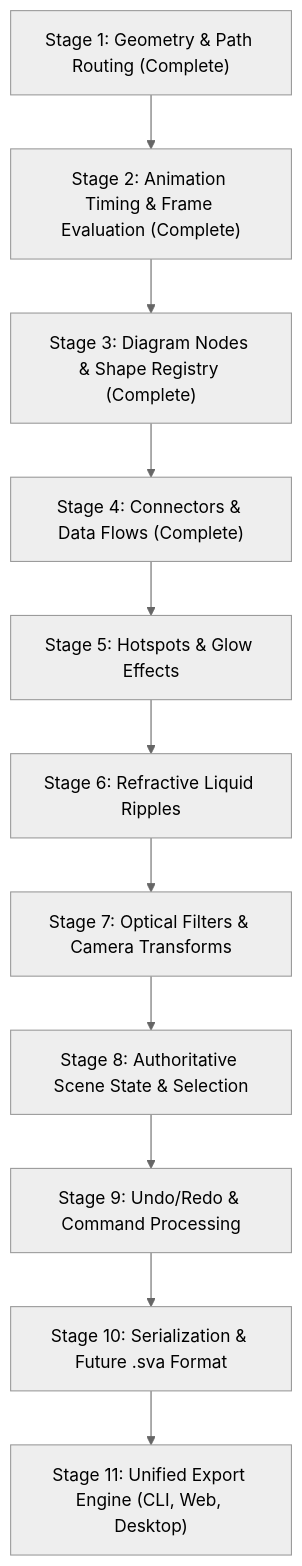
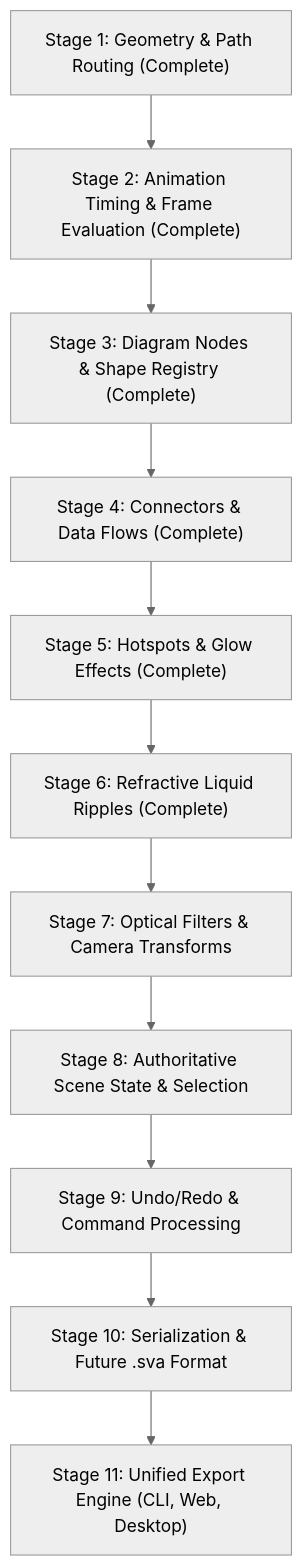
Before and after one commit to elric-seaoffate/svg-animator: the diagram in docs/architecture/wasm-migration-roadmap.md, drawn with Mermaid (neutral theme). The commit also changed other lines of this file and 16 other files, not shown here.

````diff
--- a/docs/architecture/wasm-migration-roadmap.md
+++ b/docs/architecture/wasm-migration-roadmap.md
@@ -101,13 +101,13 @@
 ```mermaid
 flowchart TD
     S1["Stage 1: Geometry & Path Routing (Complete)"] --> S2["Stage 2: Animation Timing & Frame Evaluation (Complete)"]
     S2 --> S3["Stage 3: Diagram Nodes & Shape Registry (Complete)"]
     S3 --> S4["Stage 4: Connectors & Data Flows (Complete)"]
-    S4 --> S5["Stage 5: Hotspots & Glow Effects"]
-    S5 --> S6["Stage 6: Refractive Liquid Ripples"]
+    S4 --> S5["Stage 5: Hotspots & Glow Effects (Complete)"]
+    S5 --> S6["Stage 6: Refractive Liquid Ripples (Complete)"]
     S6 --> S7["Stage 7: Optical Filters & Camera Transforms"]
     S7 --> S8["Stage 8: Authoritative Scene State & Selection"]
     S8 --> S9["Stage 9: Undo/Redo & Command Processing"]
     S9 --> S10["Stage 10: Serialization & Future .sva Format"]
     S10 --> S11["Stage 11: Unified Export Engine (CLI, Web, Desktop)"]
 ```
````
